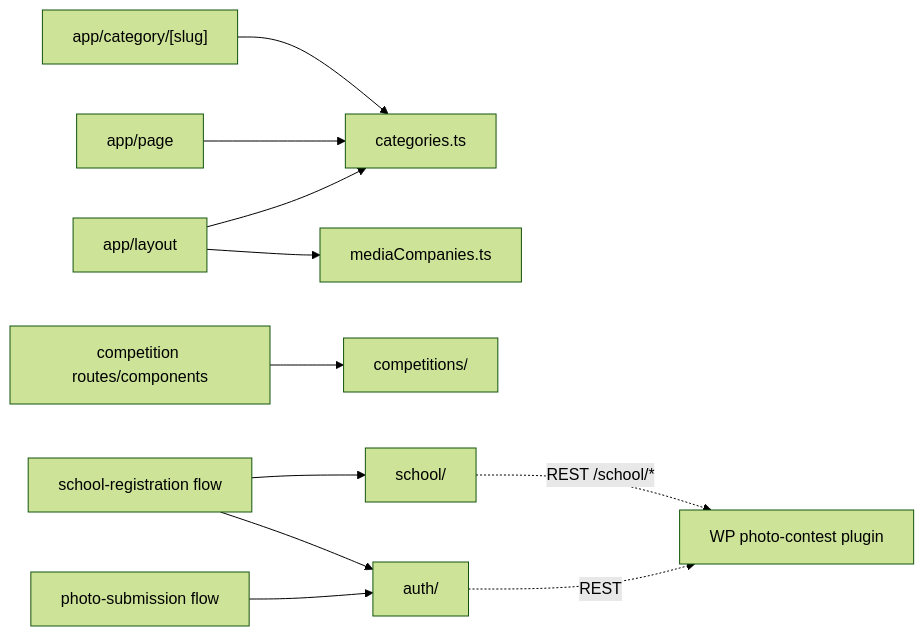
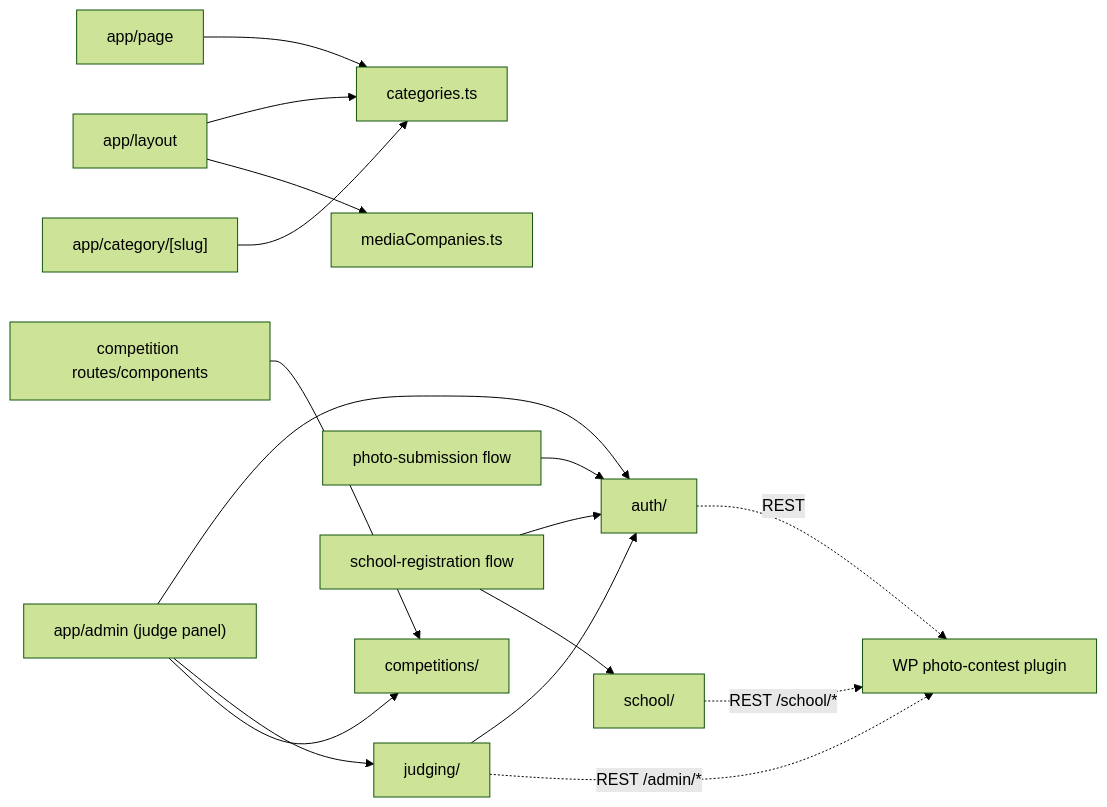
One commit to huuaho/umg-headless changed the diagram in docs/codebase/apps/umg/lib/README.md. Above: the diagram before and after it, drawn with Mermaid (forest theme). The commit also changed other lines of this file and 64 other files, not shown here.

````diff
--- a/docs/codebase/apps/umg/lib/README.md
+++ b/docs/codebase/apps/umg/lib/README.md
@@ -15,13 +16,18 @@
 ```mermaid
 graph LR
   layout["app/layout"] --> categories["categories.ts"]
   layout --> mediaCompanies["mediaCompanies.ts"]
   home["app/page"] --> categories
   catRoute["app/category/[slug]"] --> categories
   compPages["competition routes/components"] --> competitions["competitions/"]
   submission["photo-submission flow"] --> auth["auth/"]
   schoolFlow["school-registration flow"] --> auth
   schoolFlow --> school["school/"]
+  adminFlow["app/admin (judge panel)"] --> auth
+  adminFlow --> judging["judging/"]
+  adminFlow --> competitions
+  judging --> auth
+  judging -.REST /admin/*.-> plugin
   auth -.REST.-> plugin["WP photo-contest plugin"]
   school -.REST /school/*.-> plugin
 ```
````
